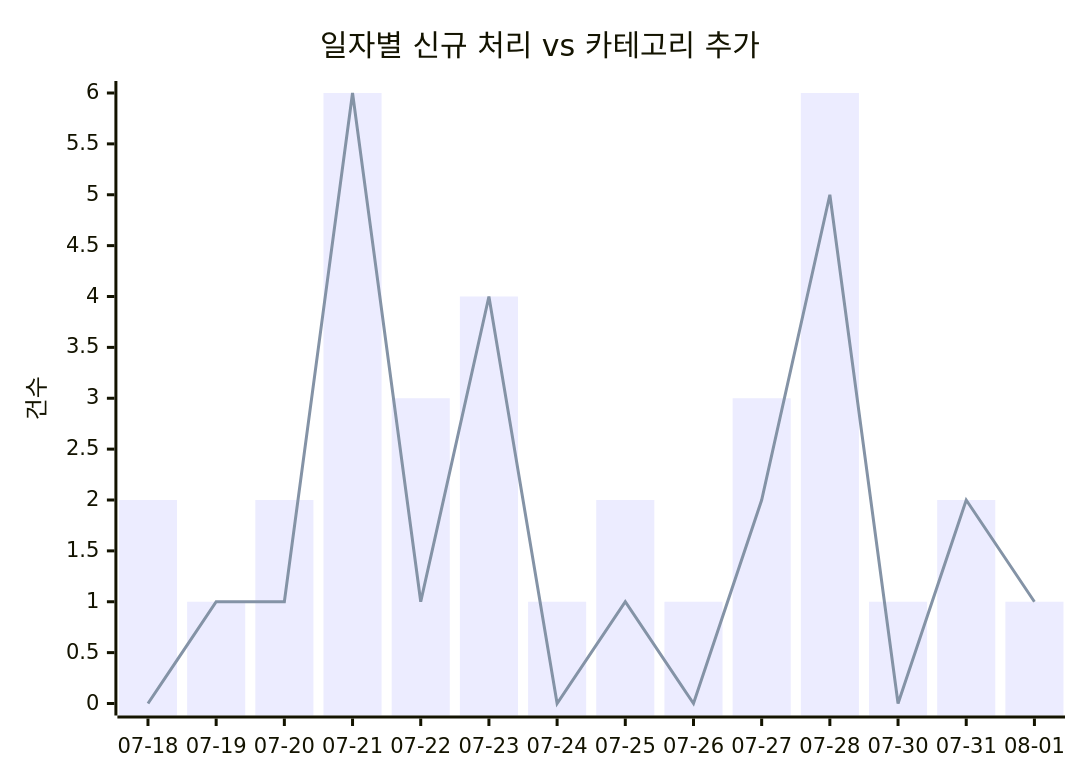
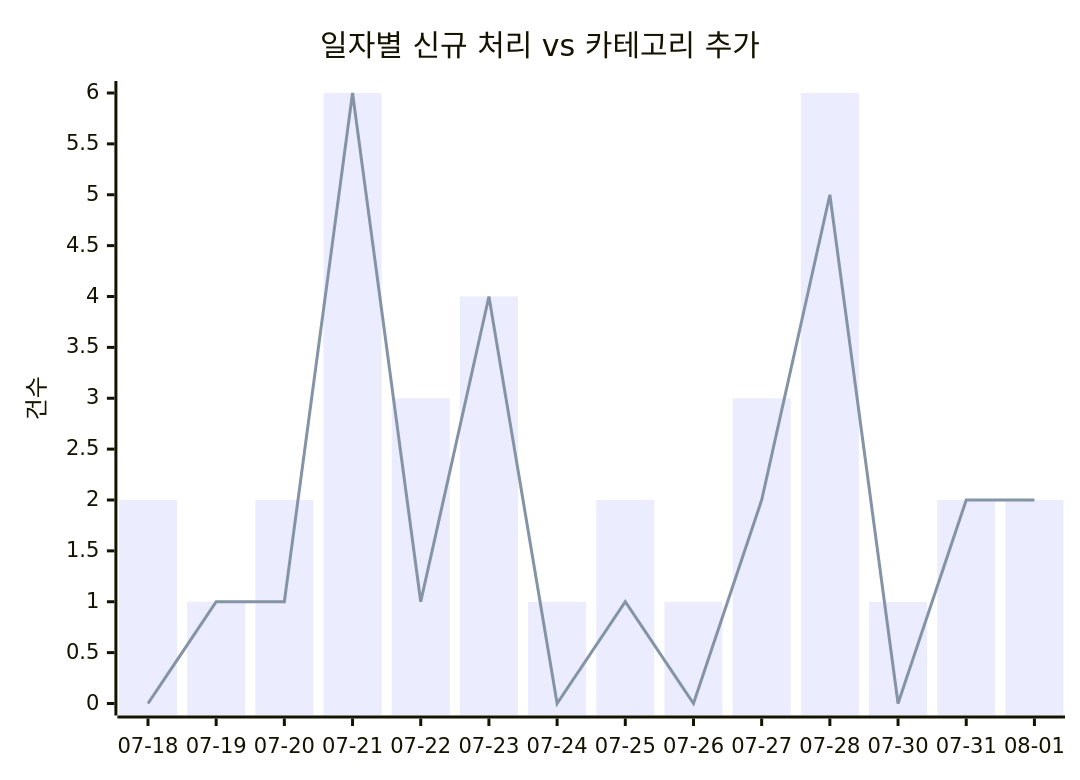
One commit to J-nowcow/awesome-korean-agent-skills changed the first of 2 diagrams in docs/trends.md. Above: the diagram before and after it, drawn with Mermaid. The commit also changed other lines of this file and 3 other files, not shown here.

````diff
--- a/docs/trends.md
+++ b/docs/trends.md
@@ -32,8 +32,8 @@
 ```mermaid
 xychart-beta
     title "일자별 신규 처리 vs 카테고리 추가"
     x-axis ["07-18","07-19","07-20","07-21","07-22","07-23","07-24","07-25","07-26","07-27","07-28","07-30","07-31","08-01"]
     y-axis "건수"
-    bar [2,1,2,6,3,4,1,2,1,3,6,1,2,1]
-    line [0,1,1,6,1,4,0,1,0,2,5,0,2,1]
+    bar [2,1,2,6,3,4,1,2,1,3,6,1,2,2]
+    line [0,1,1,6,1,4,0,1,0,2,5,0,2,2]
 ```
````
